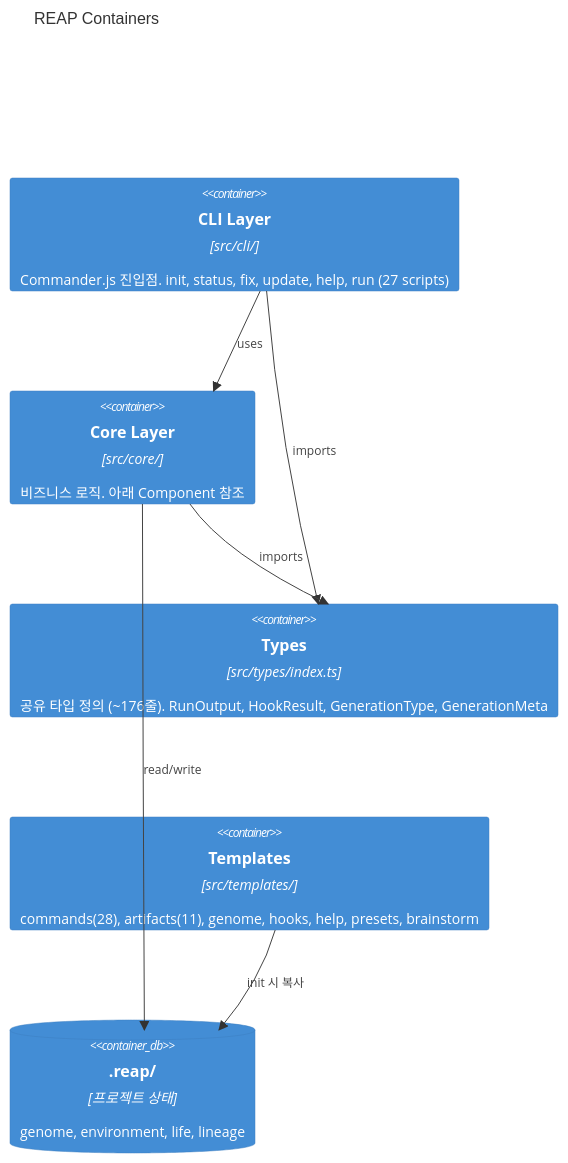
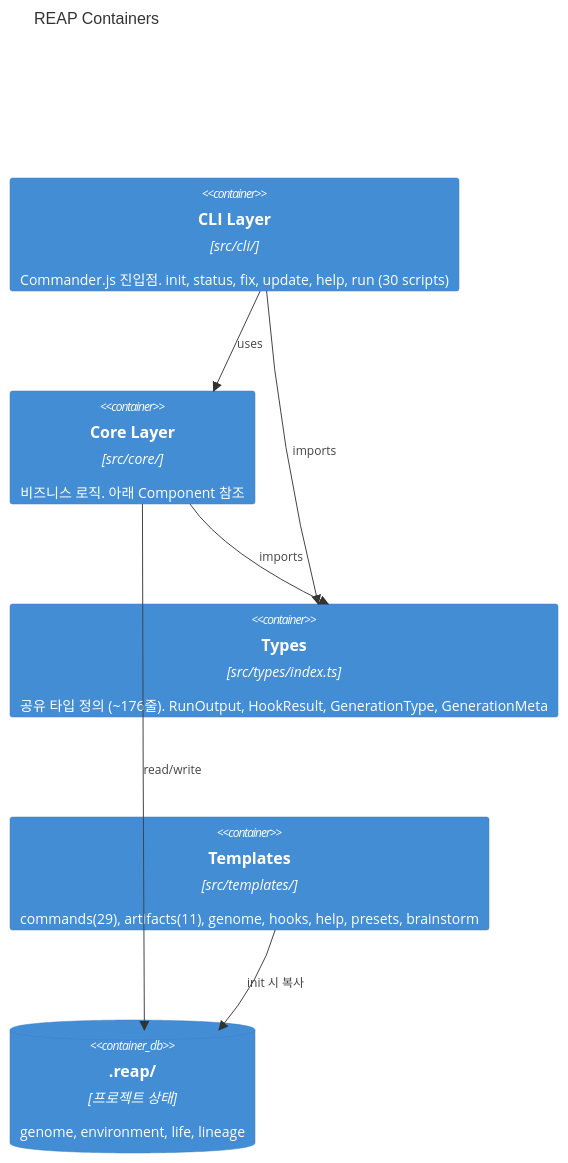
The second of 3 diagrams in .reap/genome/source-map.md (c-d-cc/reap), drawn with Mermaid before and after one commit. The commit also changed other lines of this file and 8 other files, not shown here.

````diff
--- a/.reap/genome/source-map.md
+++ b/.reap/genome/source-map.md
@@ -29,16 +29,16 @@
 ```mermaid
 C4Container
   title REAP Containers
 
-  Container(cli, "CLI Layer", "src/cli/", "Commander.js 진입점. init, status, fix, update, help, run (27 scripts)")
+  Container(cli, "CLI Layer", "src/cli/", "Commander.js 진입점. init, status, fix, update, help, run (30 scripts)")
   Container(core, "Core Layer", "src/core/", "비즈니스 로직. 아래 Component 참조")
   Container(types, "Types", "src/types/index.ts", "공유 타입 정의 (~176줄). RunOutput, HookResult, GenerationType, GenerationMeta")
-  Container(templates, "Templates", "src/templates/", "commands(28), artifacts(11), genome, hooks, help, presets, brainstorm")
+  Container(templates, "Templates", "src/templates/", "commands(29), artifacts(11), genome, hooks, help, presets, brainstorm")
 
   Rel(cli, core, "uses")
   Rel(cli, types, "imports")
   Rel(core, types, "imports")
   ContainerDb(reapDir, ".reap/", "프로젝트 상태", "genome, environment, life, lineage")
   Rel(core, reapDir, "read/write")
   Rel(templates, reapDir, "init 시 복사")
 ```
````
